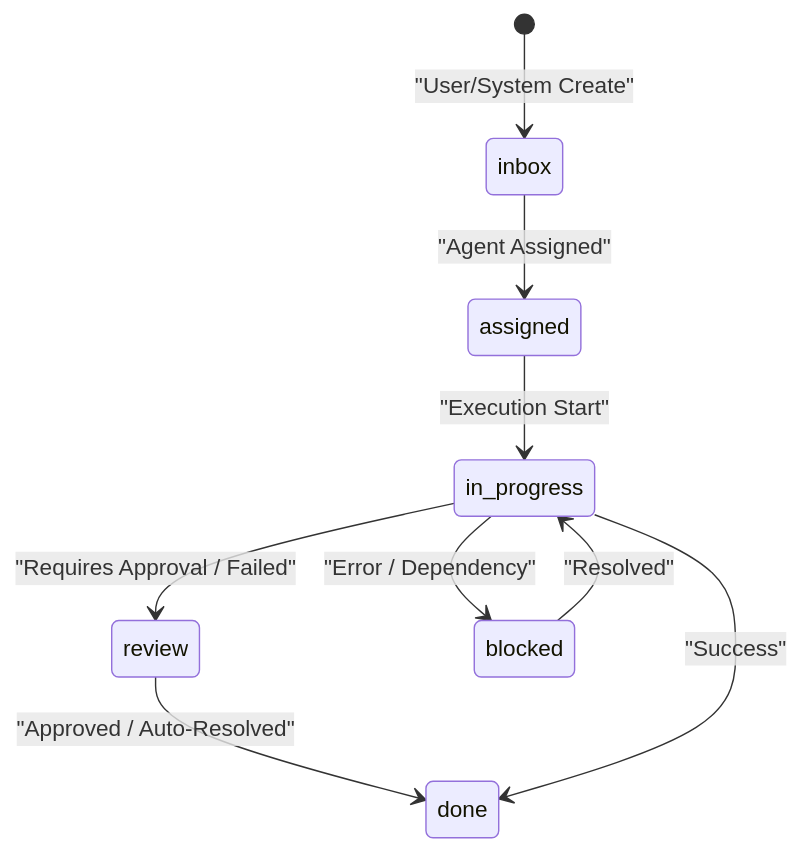
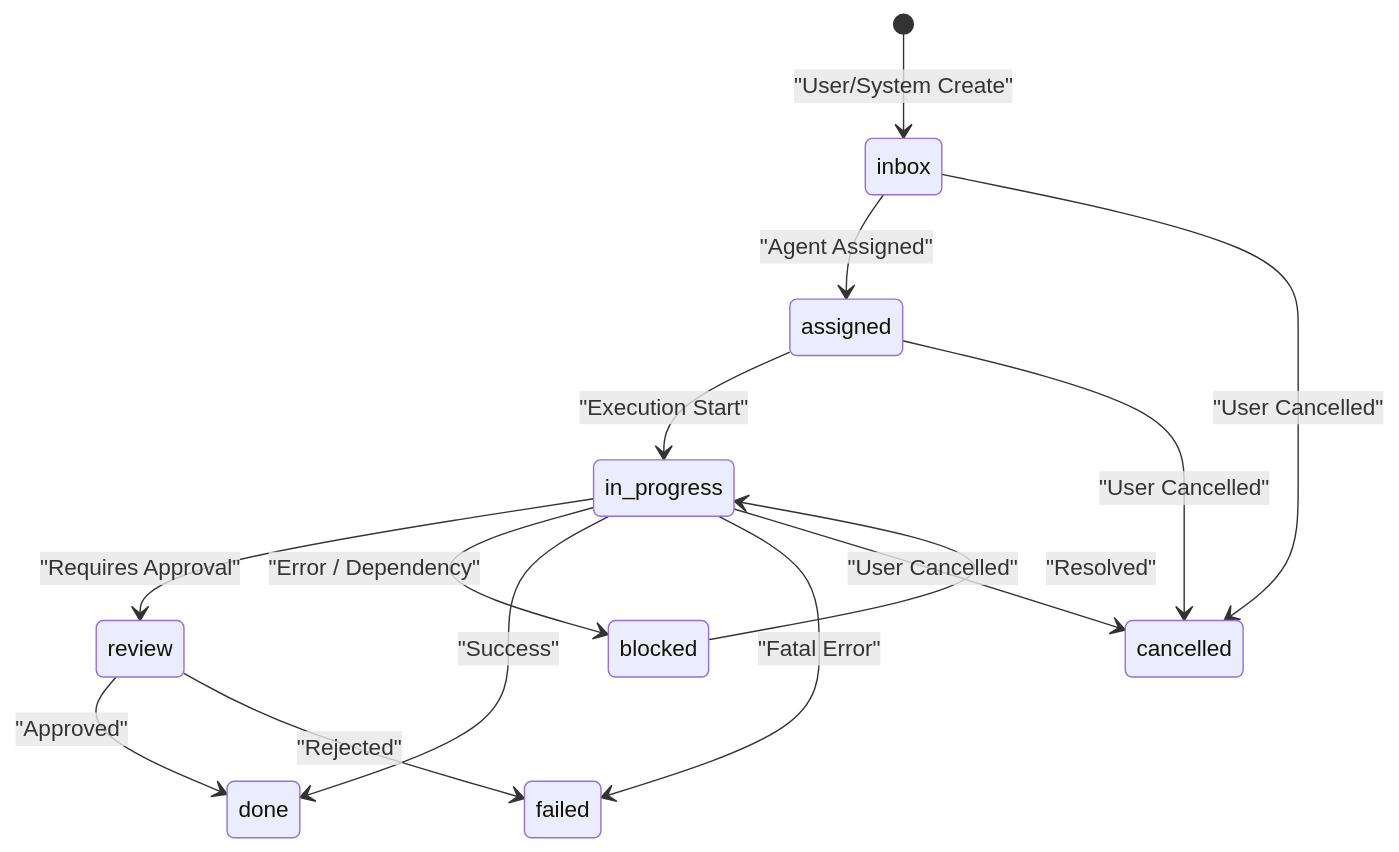
One commit to AutomatosAI/automatos-ai changed the second of 3 diagrams in docs/workspace-execution/task-management-board-integration.md. Above: the diagram before and after it, drawn with Mermaid. The commit also changed other lines of this file and 191 other files, not shown here.

````diff
--- a/docs/workspace-execution/task-management-board-integration.md
+++ b/docs/workspace-execution/task-management-board-integration.md
@@ -100,11 +115,16 @@
 ```mermaid
 stateDiagram-v2
     [*] --> inbox: "User/System Create"
     inbox --> assigned: "Agent Assigned"
     assigned --> in_progress: "Execution Start"
-    in_progress --> review: "Requires Approval / Failed"
-    review --> done: "Approved / Auto-Resolved"
+    in_progress --> review: "Requires Approval"
+    review --> done: "Approved"
     in_progress --> blocked: "Error / Dependency"
     blocked --> in_progress: "Resolved"
     in_progress --> done: "Success"
+    in_progress --> failed: "Fatal Error"
+    review --> failed: "Rejected"
+    in_progress --> cancelled: "User Cancelled"
+    assigned --> cancelled: "User Cancelled"
+    inbox --> cancelled: "User Cancelled"
 ```
````
